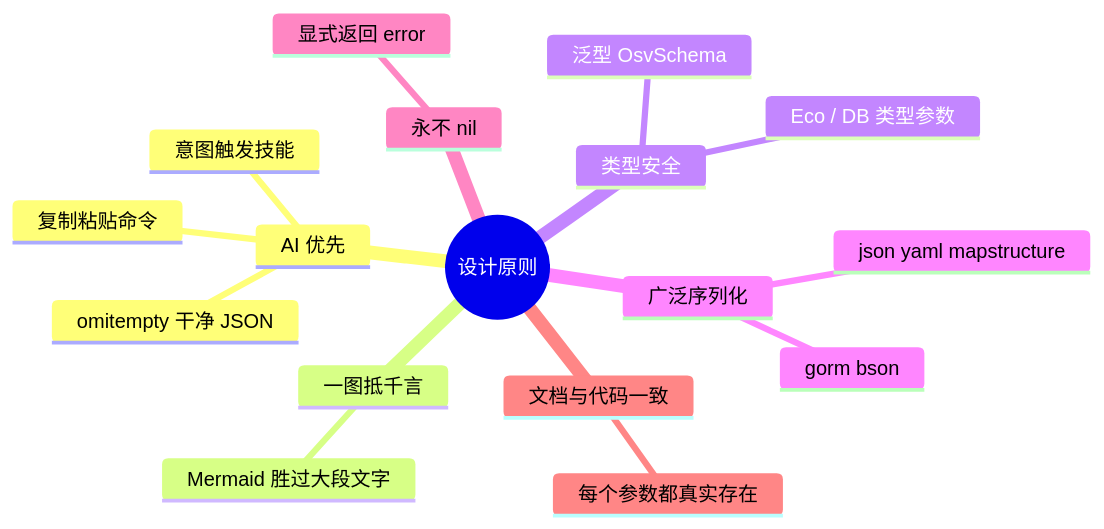
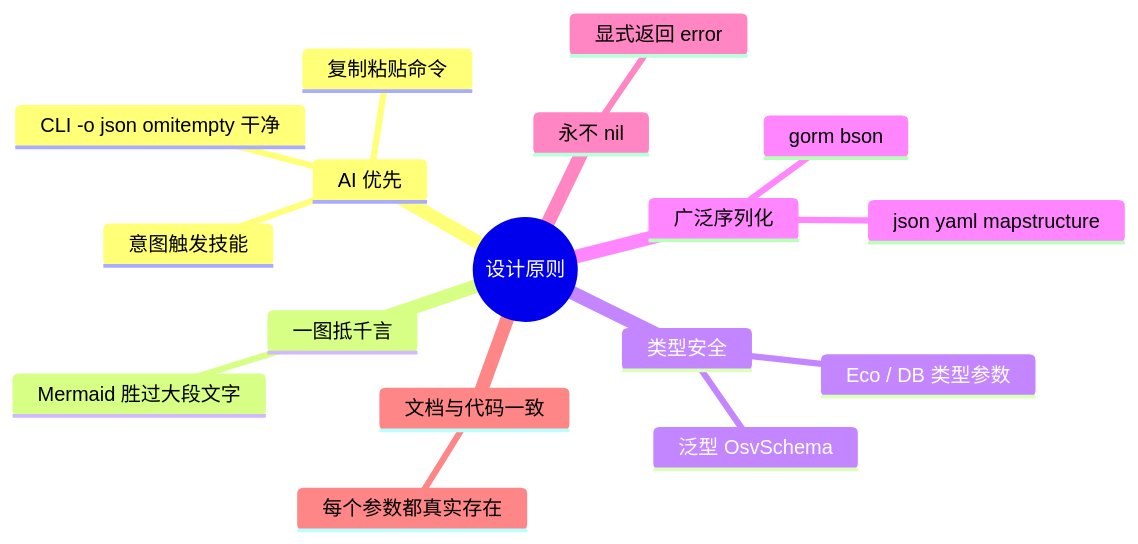
The sixth of 6 diagrams in website/zh/guide/introduction.md (scagogogo/osv-schema-skills), drawn with Mermaid before and after one commit. The commit also changed other lines of this file and 1 other file, not shown here.

First line of the commit message:
docs(website): correct omitempty scope (CLI DTO, not SDK struct) (EN+ZH)

````diff
--- a/website/zh/guide/introduction.md
+++ b/website/zh/guide/introduction.md
@@ -242,20 +242,20 @@
 ```mermaid
 mindmap
   root((设计原则))
     AI 优先
       意图触发技能
       复制粘贴命令
-      omitempty 干净 JSON
+      CLI -o json omitempty 干净
     一图抵千言
       Mermaid 胜过大段文字
     类型安全
       泛型 OsvSchema
       Eco / DB 类型参数
     广泛序列化
       json yaml mapstructure
       gorm bson
     永不 nil
       显式返回 error
     文档与代码一致
       每个参数都真实存在
 ```
````
